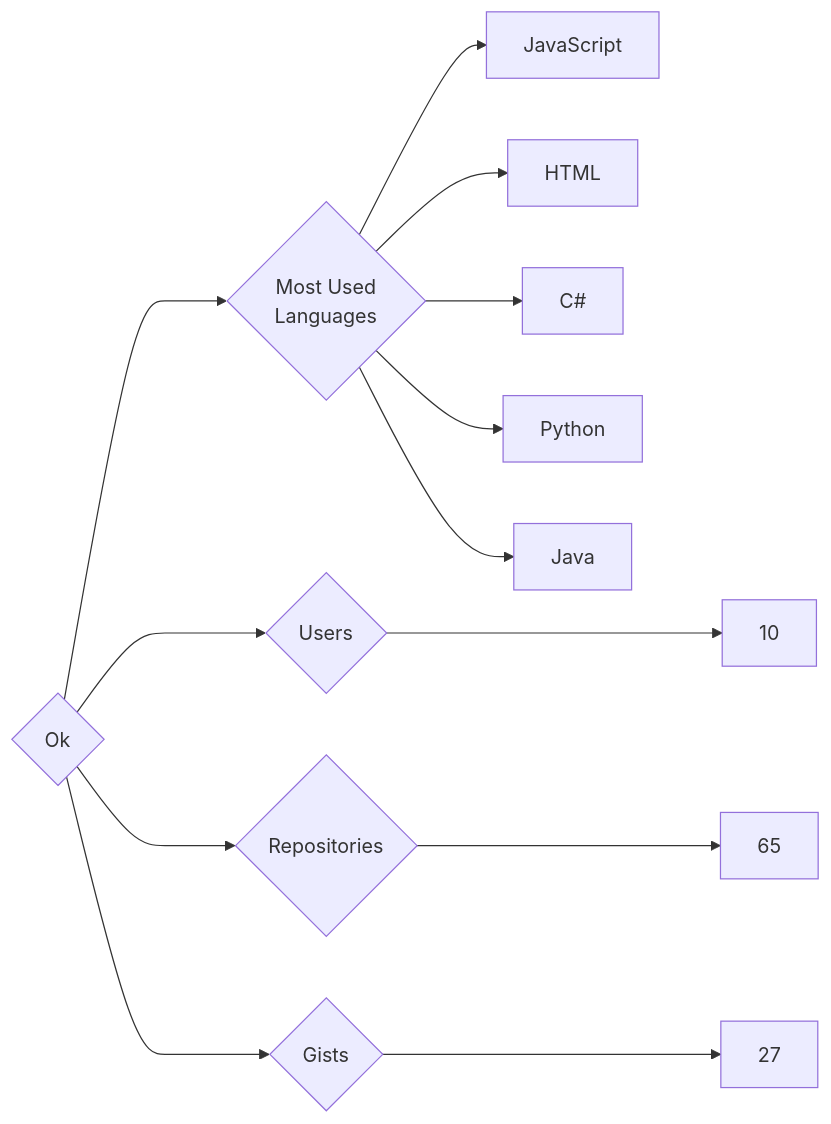
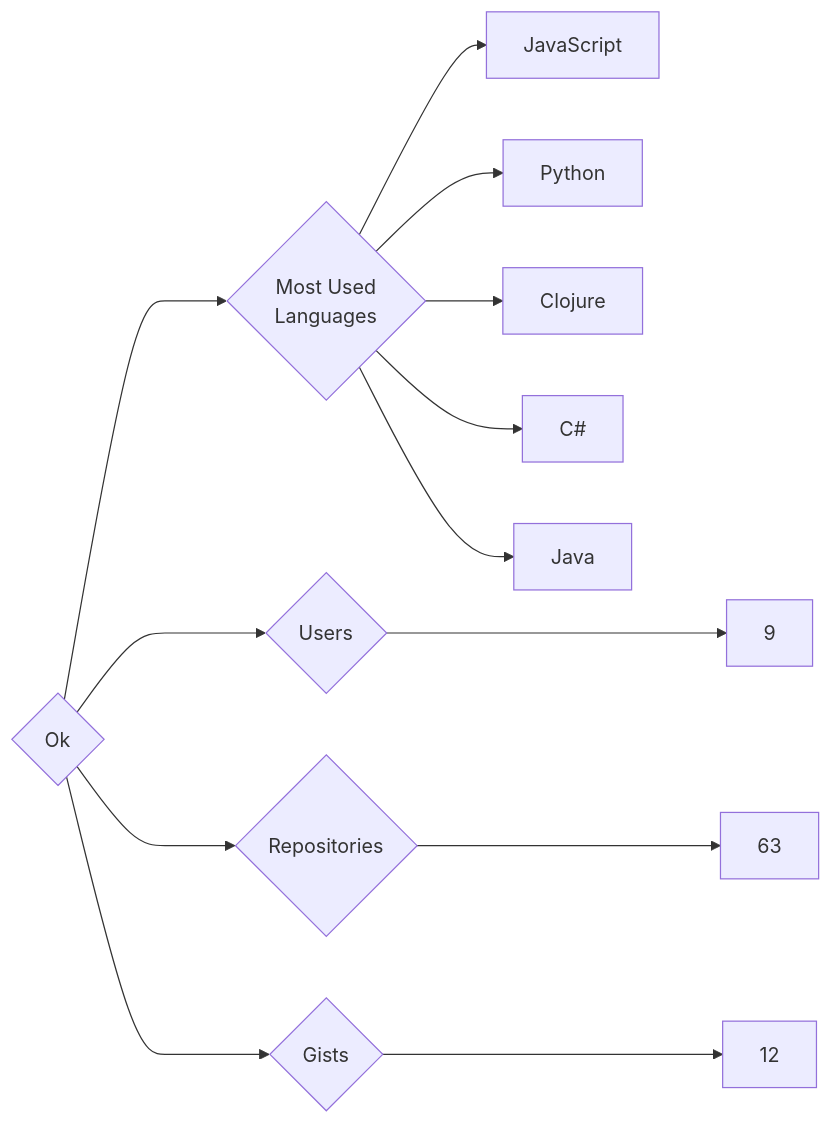
One commit to trickest/insiders changed the diagram in targets/Ok/README.md. Above: the diagram before and after it, drawn with Mermaid. The commit also changed 877 other files, not shown here.

````diff
--- a/targets/Ok/README.md
+++ b/targets/Ok/README.md
@@ -3,13 +3,13 @@
 ```mermaid
 graph LR
 COMPANY_NAME{Ok}
-COMPANY_NAME ---> U{Users} ---> UN[10]
-COMPANY_NAME ---> R{Repositories} ---> RN[65]
-COMPANY_NAME ---> G{Gists} ---> GN[27]
+COMPANY_NAME ---> U{Users} ---> UN[9]
+COMPANY_NAME ---> R{Repositories} ---> RN[63]
+COMPANY_NAME ---> G{Gists} ---> GN[12]
 COMPANY_NAME ---> ML{Most Used<br>Languages}
 ML --> JavaScript[JavaScript]
-ML --> HTML[HTML]
+ML --> Python[Python]
+ML --> Clojure[Clojure]
 ML --> C#[C#]
-ML --> Python[Python]
 ML --> Java[Java]
 ```
````
